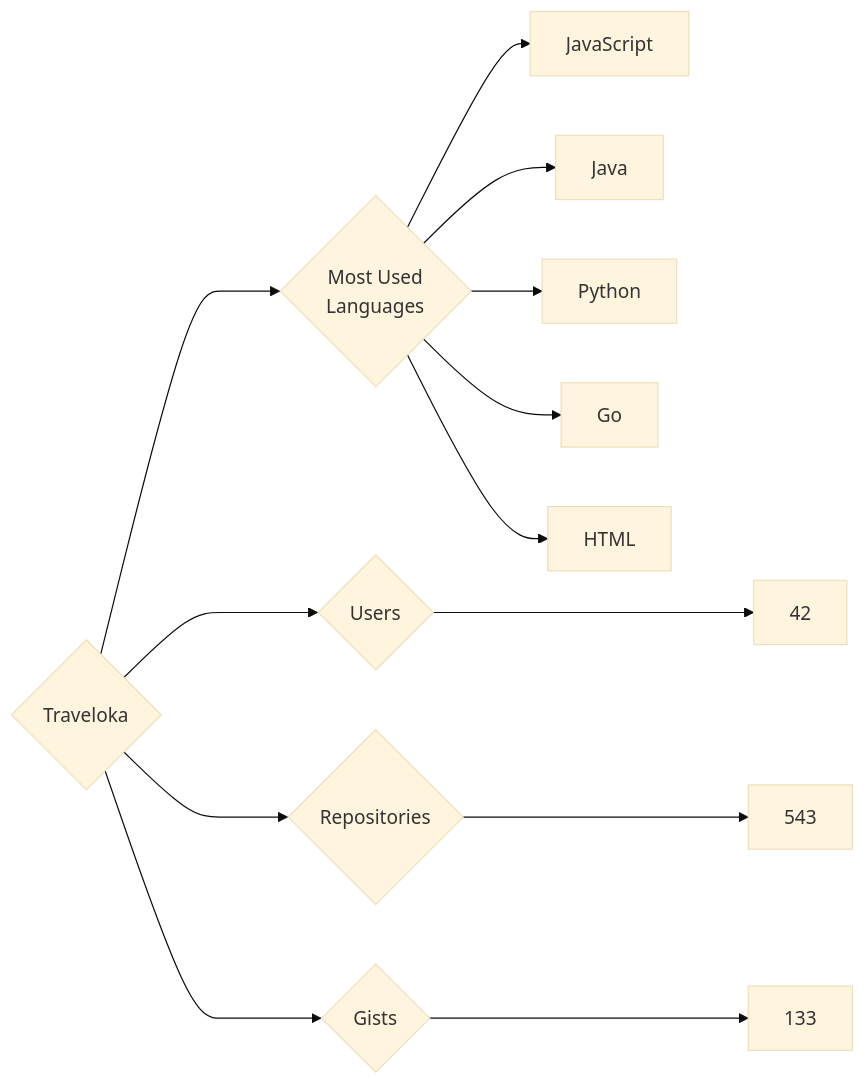
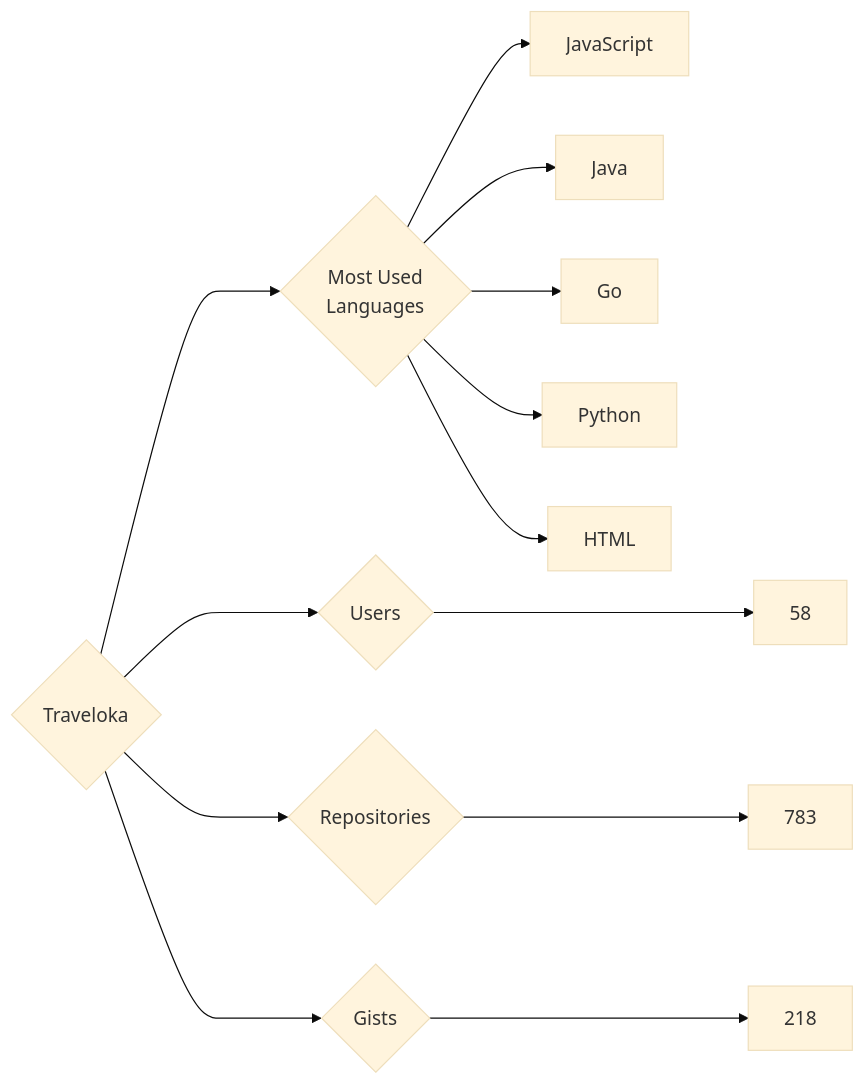
One commit to trickest/insiders changed the diagram in targets/Traveloka/README.md. Above: the diagram before and after it, drawn with Mermaid (base theme). The commit also changed 995 other files, not shown here.

````diff
--- a/targets/Traveloka/README.md
+++ b/targets/Traveloka/README.md
@@ -3,13 +3,13 @@
 ```mermaid
 graph LR
 COMPANY_NAME{Traveloka}
-COMPANY_NAME ---> U{Users} ---> UN[42]
-COMPANY_NAME ---> R{Repositories} ---> RN[543]
-COMPANY_NAME ---> G{Gists} ---> GN[133]
+COMPANY_NAME ---> U{Users} ---> UN[58]
+COMPANY_NAME ---> R{Repositories} ---> RN[783]
+COMPANY_NAME ---> G{Gists} ---> GN[218]
 COMPANY_NAME ---> ML{Most Used<br>Languages}
 ML --> JavaScript[JavaScript]
 ML --> Java[Java]
+ML --> Go[Go]
 ML --> Python[Python]
-ML --> Go[Go]
 ML --> HTML[HTML]
 ```
````
